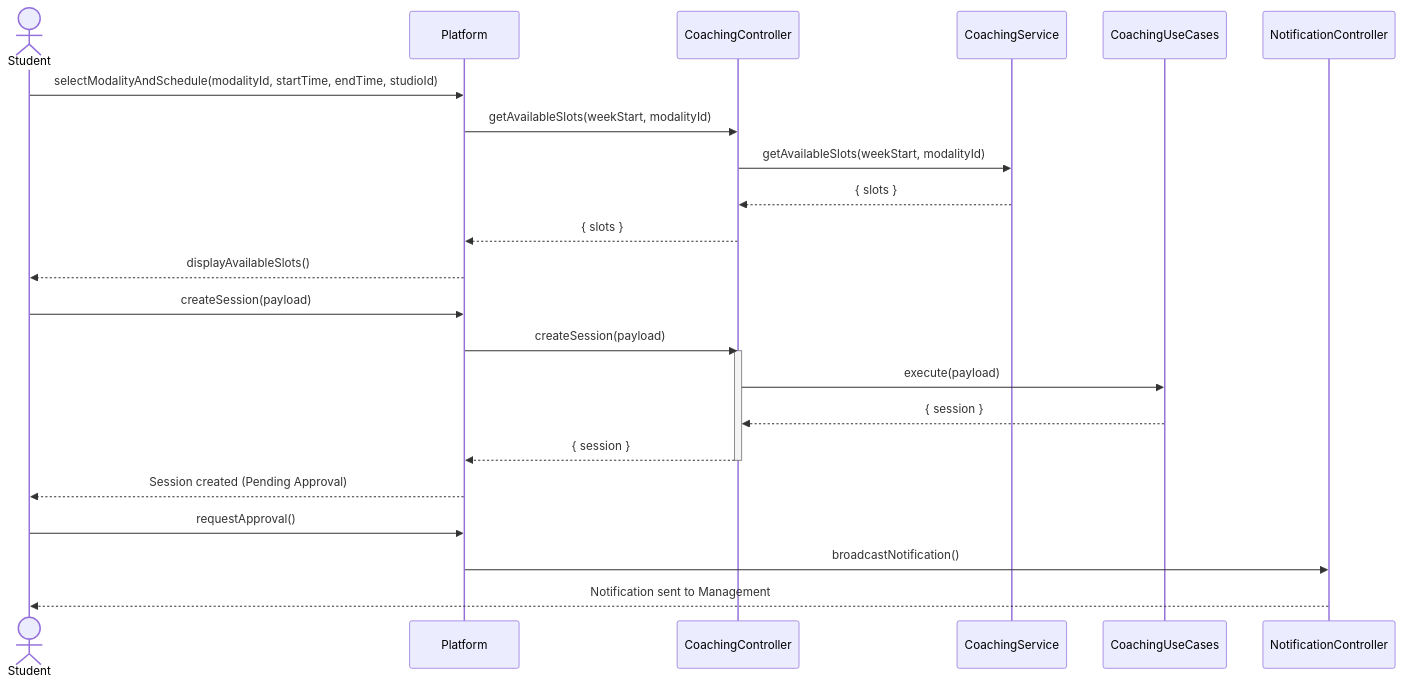
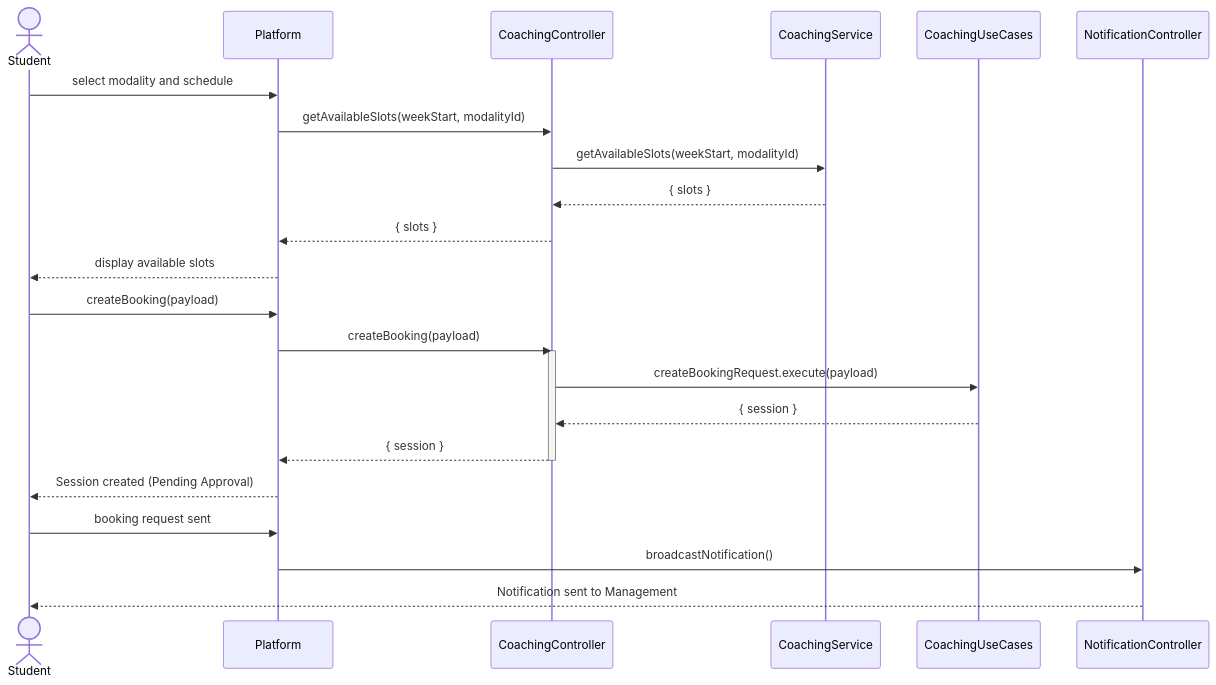
The second of 20 diagrams in diagrams/Sequence Diagram/sequencediagram.md (NovaLogic-Systems/gestArtes-docs), drawn with Mermaid before and after one commit. The commit also changed other lines of this file and 21 other files, not shown here.

First line of the commit message:
feat(diagrams): update class diagram and sequence diagram with new methods and entities

````diff
--- a/diagrams/Sequence Diagram/sequencediagram.md
+++ b/diagrams/Sequence Diagram/sequencediagram.md
@@ -30,29 +30,29 @@
 ```mermaid
 sequenceDiagram
     actor Student
     participant Platform as Platform
     participant CoachingController as CoachingController
     participant CoachingService as CoachingService
     participant CoachingUseCases as CoachingUseCases
     participant NotificationController as NotificationController
 
-    Student->>Platform: selectModalityAndSchedule(modalityId, startTime, endTime, studioId)
+    Student->>Platform: select modality and schedule
     Platform->>CoachingController: getAvailableSlots(weekStart, modalityId)
     CoachingController->>CoachingService: getAvailableSlots(weekStart, modalityId)
     CoachingService-->>CoachingController: { slots }
     CoachingController-->>Platform: { slots }
-    Platform-->>Student: displayAvailableSlots()
+    Platform-->>Student: display available slots
 
-    Student->>Platform: createSession(payload)
-    Platform->>CoachingController: createSession(payload)
+    Student->>Platform: createBooking(payload)
+    Platform->>CoachingController: createBooking(payload)
     activate CoachingController
-    CoachingController->>CoachingUseCases: execute(payload)
+    CoachingController->>CoachingUseCases: createBookingRequest.execute(payload)
     CoachingUseCases-->>CoachingController: { session }
     CoachingController-->>Platform: { session }
     deactivate CoachingController
     Platform-->>Student: Session created (Pending Approval)
 
-    Student->>Platform: requestApproval()
+    Student->>Platform: booking request sent
     Platform->>NotificationController: broadcastNotification()
     NotificationController-->>Student: Notification sent to Management
 ```
````
